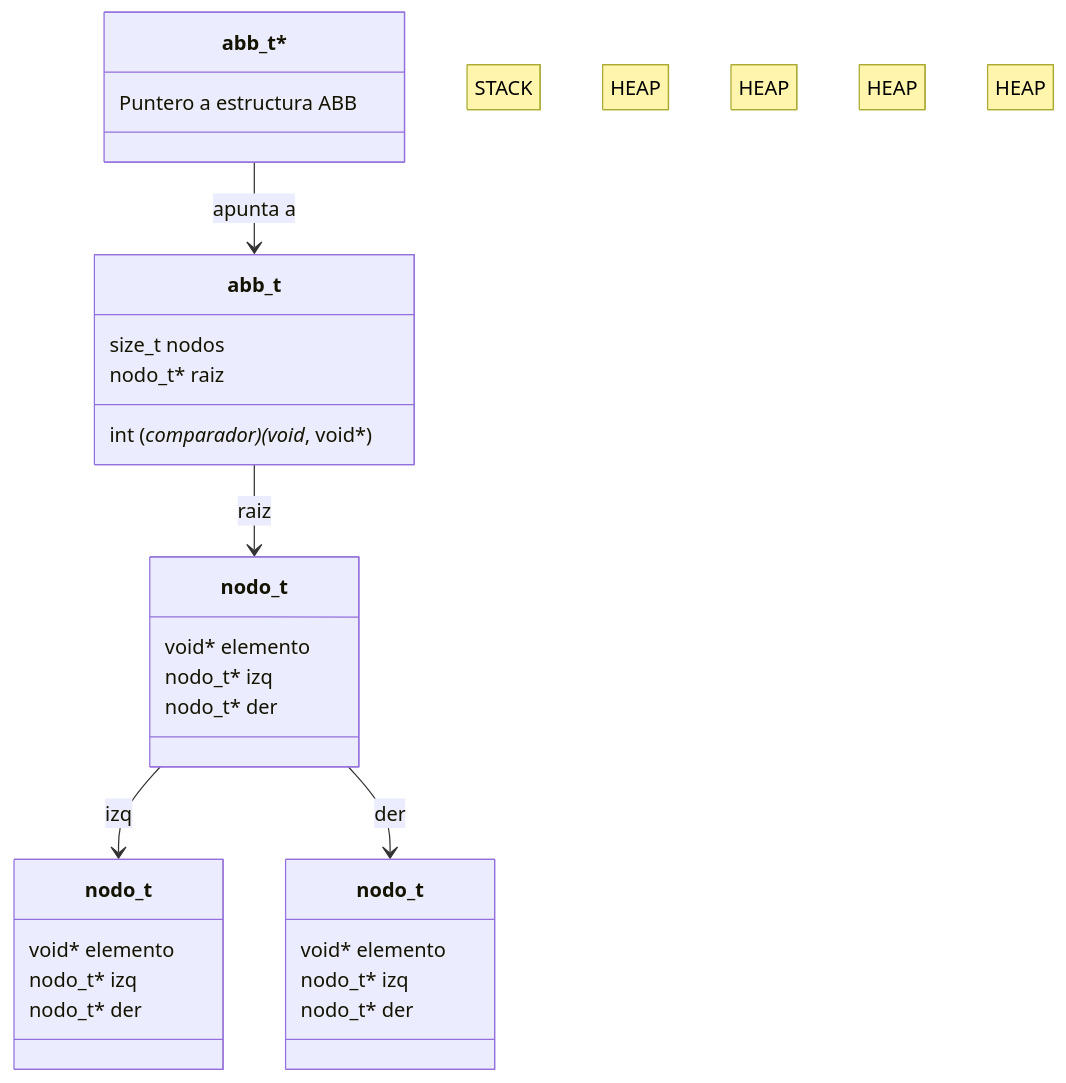
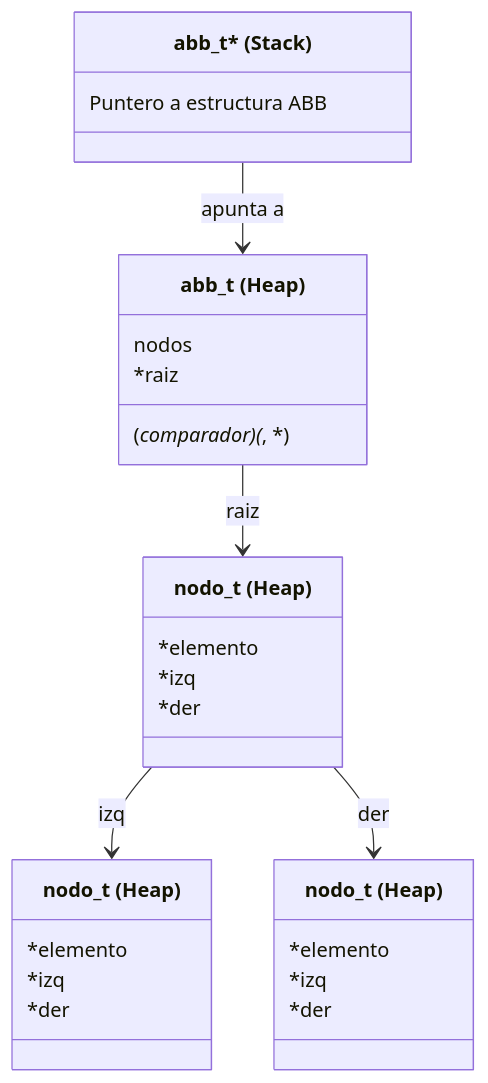
Before and after one commit to StevenMolina22/abb-adt-c: the fourth of 4 diagrams in README.md, drawn with Mermaid. The commit also changed other lines of this file, not shown here.

Commit message:
organiza estructura memoria grafico

````diff
--- a/README.md
+++ b/README.md
@@ -122,40 +122,35 @@
 ```mermaid
 classDiagram
-    note "STACK"
-    class abb_ptr["abb_t*"] {
+    class abb_ptr["abb_t* (Stack)"] {
         Puntero a estructura ABB
     }
 
-    note "HEAP"
-    class abb["abb_t"] {
-        size_t nodos
-        nodo_t* raiz
-        int (*comparador)(void*, void*)
+    class abb["abb_t (Heap)"] {
+        nodos
+        *raiz
+        (*comparador)(*, *)
     }
 
-    note "HEAP"
-    class nodo1["nodo_t"] {
-        void* elemento
-        nodo_t* izq
-        nodo_t* der
+    class nodo1["nodo_t (Heap)"] {
+        *elemento
+        *izq
+        *der
     }
 
-    note "HEAP"
-    class nodo2["nodo_t"] {
-        void* elemento
-        nodo_t* izq
-        nodo_t* der
+    class nodo2["nodo_t (Heap)"] {
+        *elemento
+        *izq
+        *der
     }
 
-    note "HEAP"
-    class nodo3["nodo_t"] {
-        void* elemento
-        nodo_t* izq
-        nodo_t* der
+    class nodo3["nodo_t (Heap)"] {
+        *elemento
+        *izq
+        *der
     }
 
     abb_ptr --> abb : apunta a
     abb --> nodo1 : raiz
     nodo1 --> nodo2 : izq
     nodo1 --> nodo3 : der
 ```
````
